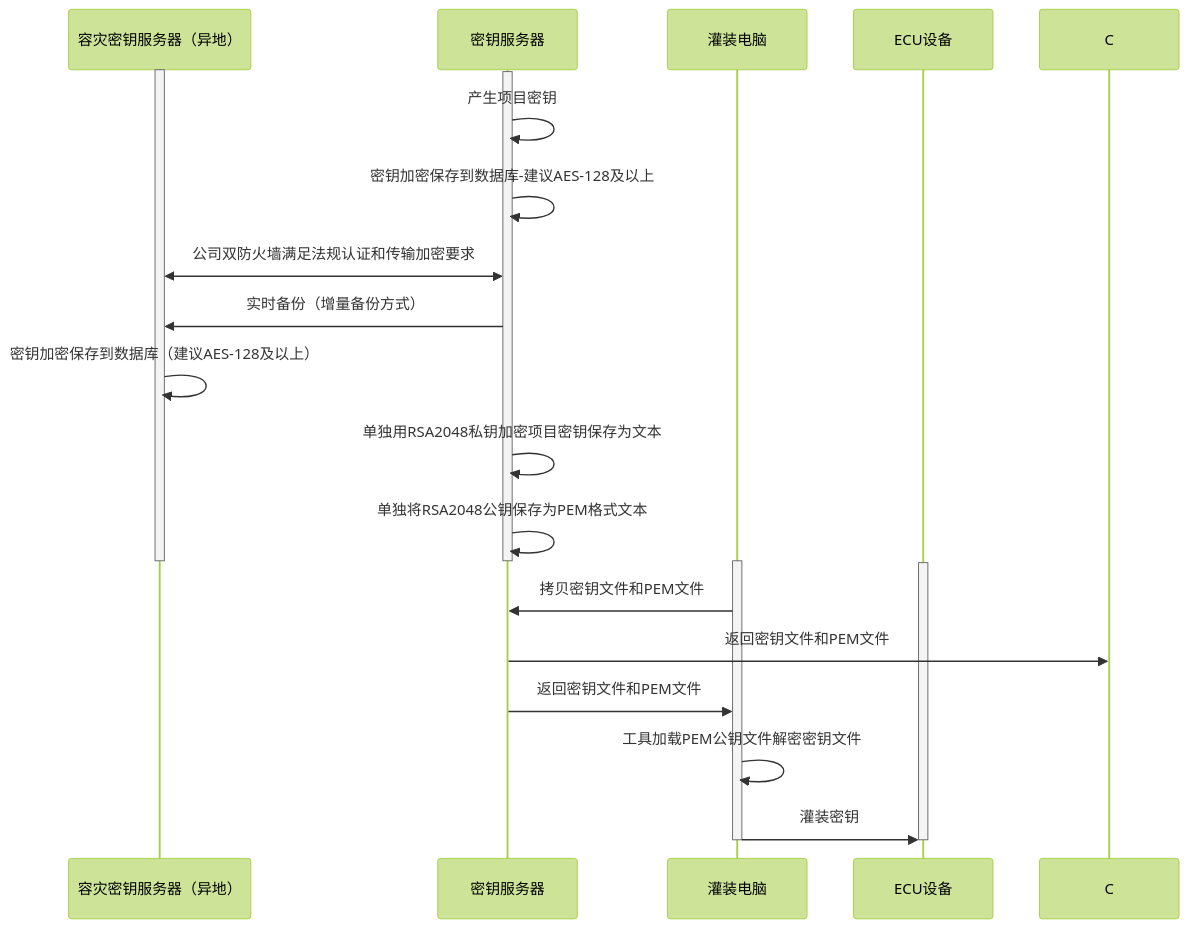
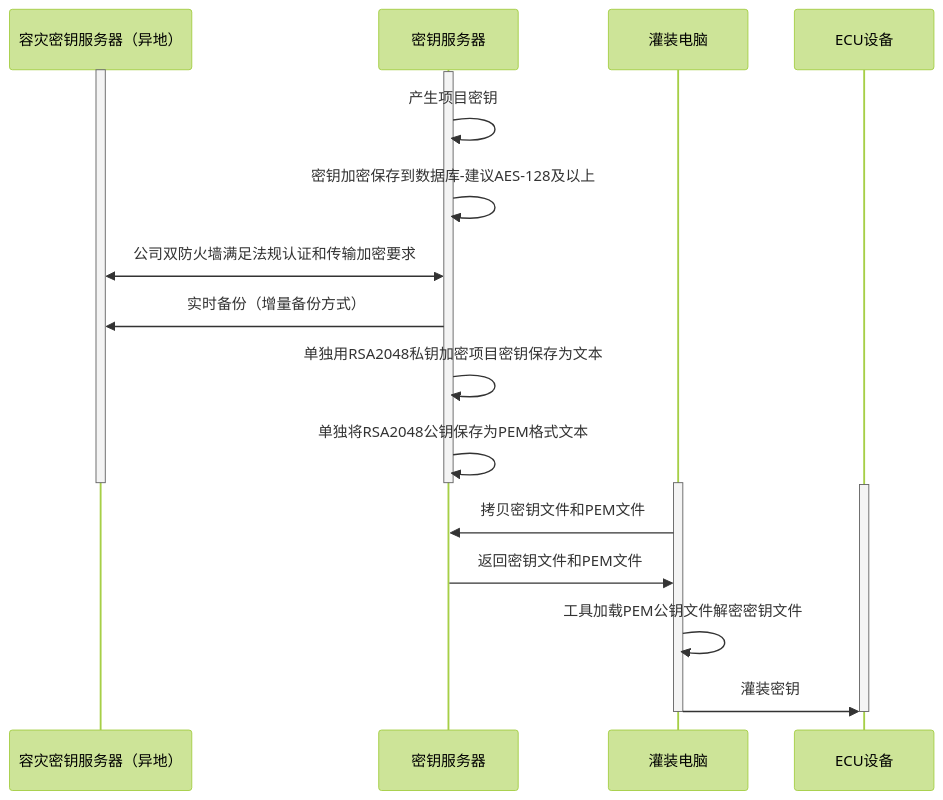
One commit to facebook-cloud/iodraw-files changed the diagram in all/未命名-15.md. Above: the diagram before and after it, drawn with Mermaid (forest theme).

Commit message:
2026-02-11 19:13:13 update

````diff
--- a/all/未命名-15.md
+++ b/all/未命名-15.md
@@ -1,31 +1,29 @@
 ```mermaid
 sequenceDiagram
     participant A as 容灾密钥服务器（异地）
     participant B as 密钥服务器
     participant D as 灌装电脑
     participant E as ECU设备
 
     activate A
     activate B
     B->>B: 产生项目密钥
     B->>B: 密钥加密保存到数据库-建议AES-128及以上
     A<<->>B: 公司双防火墙满足法规认证和传输加密要求
     B->>A: 实时备份（增量备份方式）
-    A->>A: 密钥加密保存到数据库（建议AES-128及以上）
     B->>B: 单独用RSA2048私钥加密项目密钥保存为文本
     B->>B: 单独将RSA2048公钥保存为PEM格式文本
     deactivate B
     deactivate A
 
     activate D
     activate E
 
     D->>B: 拷贝密钥文件和PEM文件
-    B->>C: 返回密钥文件和PEM文件
     B->>D: 返回密钥文件和PEM文件
     D->>D:工具加载PEM公钥文件解密密钥文件
     D->>E: 灌装密钥
     deactivate D
     deactivate E
 
 ```
````
